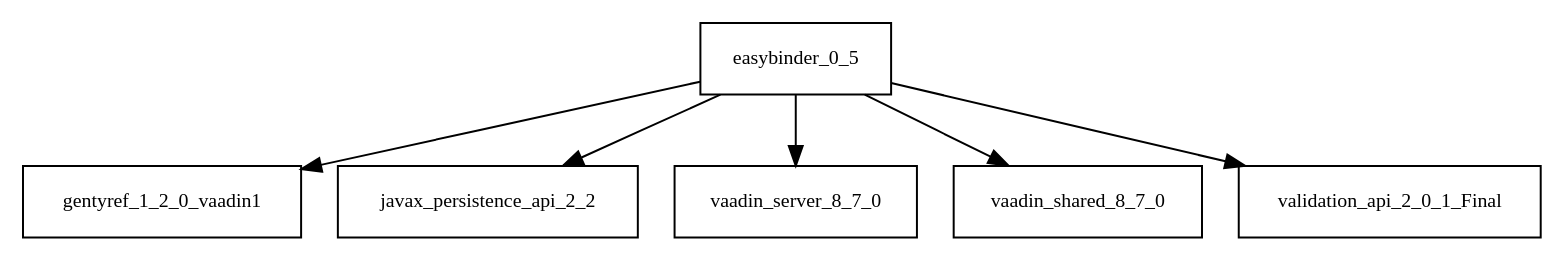
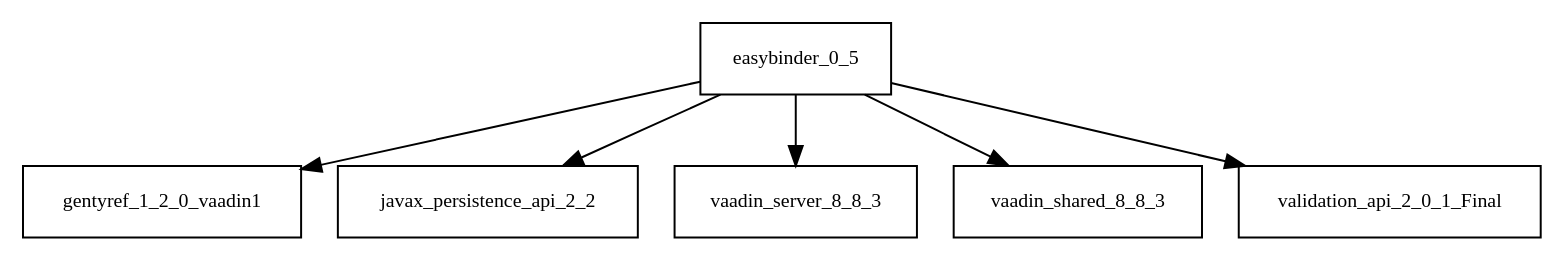
The diagram in tattleTaleReport/graphviz/easybinder-0.5.jar/easybinder-0.5.jar.dot (Hack23/cia), drawn with Graphviz before and after one commit. The commit also changed 4049 other files, not shown here.

```diff
--- a/tattleTaleReport/graphviz/easybinder-0.5.jar/easybinder-0.5.jar.dot
+++ b/tattleTaleReport/graphviz/easybinder-0.5.jar/easybinder-0.5.jar.dot
@@ -1,8 +1,8 @@
 digraph easybinder_0_5_dependencies {
   node [shape = box, fontsize=10.0];
   easybinder_0_5 -> gentyref_1_2_0_vaadin1;
   easybinder_0_5 -> javax_persistence_api_2_2;
-  easybinder_0_5 -> vaadin_server_8_7_0;
-  easybinder_0_5 -> vaadin_shared_8_7_0;
+  easybinder_0_5 -> vaadin_server_8_8_3;
+  easybinder_0_5 -> vaadin_shared_8_8_3;
   easybinder_0_5 -> validation_api_2_0_1_Final;
 }
```
